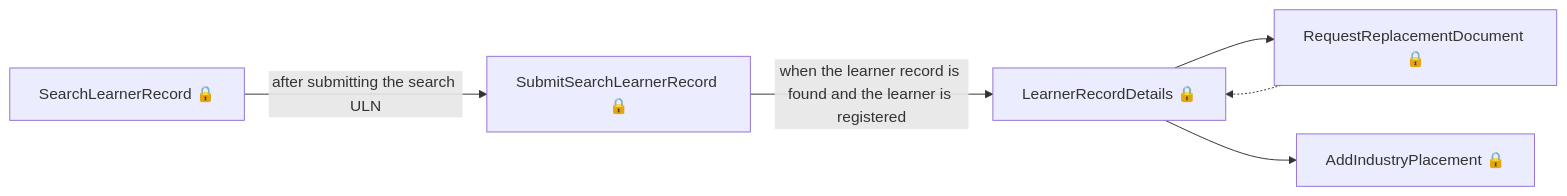
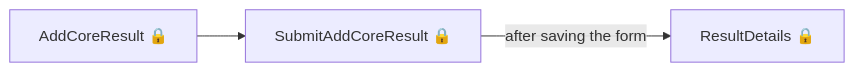
The sixth of 9 diagrams in tl-results-and-certification/user-journeys/user-journeys.md (talentconsulting/atlas-dfe), drawn with Mermaid before and after one commit. The commit also changed other lines of this file and 6 other files, not shown here.

````diff
--- a/tl-results-and-certification/user-journeys/user-journeys.md
+++ b/tl-results-and-certification/user-journeys/user-journeys.md
@@ -83,8 +88,5 @@
 ```mermaid
 flowchart LR
-  p0["SearchLearnerRecord 🔒"] -->|"after submitting the search ULN"| p1["SubmitSearchLearnerRecord 🔒"]
-  p1["SubmitSearchLearnerRecord 🔒"] -->|"when the learner record is found and the learner is registered"| p2["LearnerRecordDetails 🔒"]
-  p2["LearnerRecordDetails 🔒"] --> p3["RequestReplacementDocument 🔒"]
-  p3["RequestReplacementDocument 🔒"] -.-> p2["LearnerRecordDetails 🔒"]
-  p2["LearnerRecordDetails 🔒"] --> p4["AddIndustryPlacement 🔒"]
+  p0["AddCoreResult 🔒"] --> p1["SubmitAddCoreResult 🔒"]
+  p1["SubmitAddCoreResult 🔒"] -->|"after saving the form"| p2["ResultDetails 🔒"]
 ```
````
